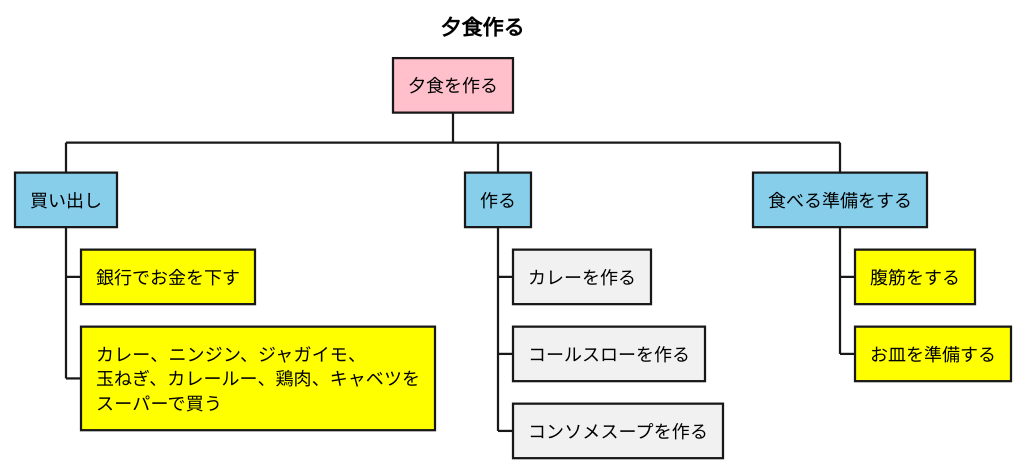
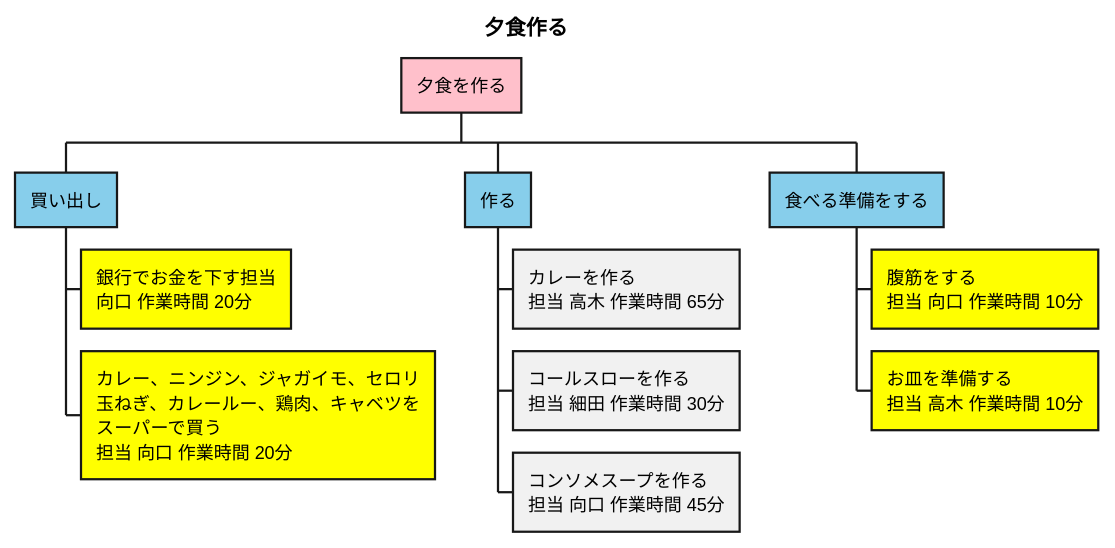
The diagram in WBS_夕食をつくる.pu (Morijyobi-guchi/dinner_project), drawn with PlantUML before and after one commit. The commit also changed 5 other files, not shown here.

```diff
--- a/WBS_夕食をつくる.pu
+++ b/WBS_夕食をつくる.pu
@@ -1,14 +1,14 @@
 @startwbs dinnerを作る
 title 夕食作る 
 *[#Pink] 夕食を作る
 **[#SkyBlue] 買い出し
-***[#Yellow] 銀行でお金を下す
-***[#Yellow] カレー、ニンジン、ジャガイモ、\n玉ねぎ、カレールー、鶏肉、キャベツを\nスーパーで買う
+***[#Yellow] 銀行でお金を下す担当\n向口 作業時間 20分
+***[#Yellow] カレー、ニンジン、ジャガイモ、セロリ\n玉ねぎ、カレールー、鶏肉、キャベツを\nスーパーで買う\n担当 向口 作業時間 20分
 **[#SkyBlue] 作る
-*** カレーを作る
-*** コールスローを作る
-*** コンソメスープを作る
+*** カレーを作る\n担当 高木 作業時間 65分
+*** コールスローを作る\n担当 細田 作業時間 30分
+*** コンソメスープを作る\n担当 向口 作業時間 45分
 **[#SkyBlue] 食べる準備をする
-***[#Yellow] 腹筋をする
-***[#Yellow] お皿を準備する
+***[#Yellow] 腹筋をする\n担当 向口 作業時間 10分
+***[#Yellow] お皿を準備する\n担当 高木 作業時間 10分
 @endwbs
```
